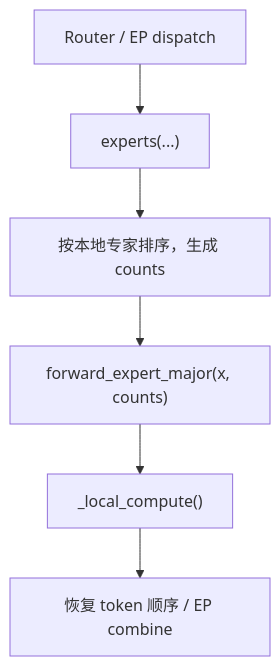
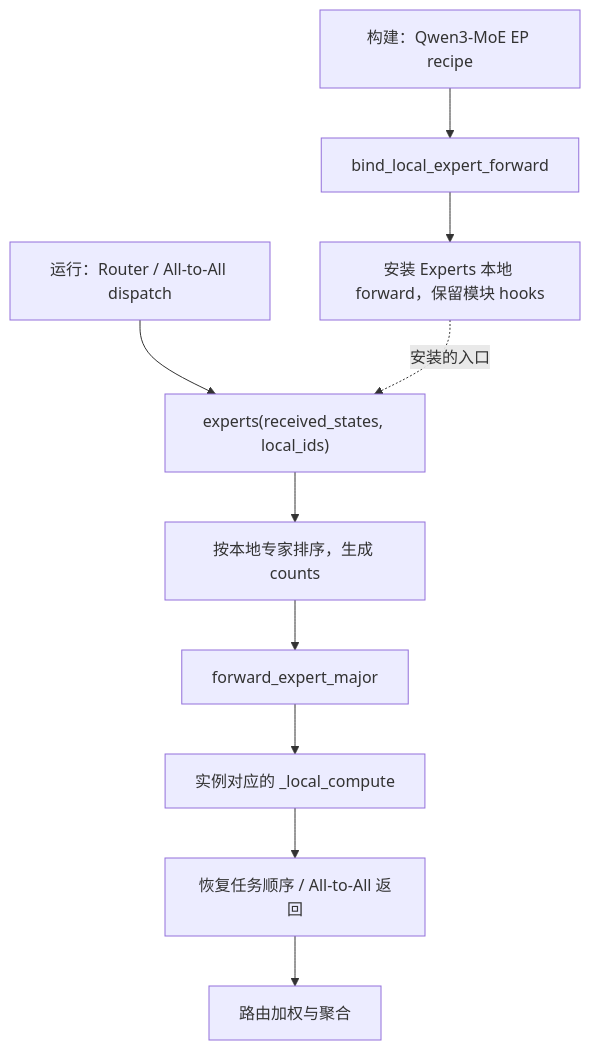
One commit to yooooo00/hyper-parallel-fork changed the sixth of 6 diagrams in docs/guide/module_family_implementation.md. Above: the diagram before and after it, drawn with Mermaid. The commit also changed other lines of this file, not shown here.

````diff
--- a/docs/guide/module_family_implementation.md
+++ b/docs/guide/module_family_implementation.md
@@ -241,8 +273,12 @@
 ```mermaid
 flowchart TD
-    R["Router / EP dispatch"] --> C["experts(...)"]
+    R["构建：Qwen3-MoE EP recipe"] --> B["bind_local_expert_forward"]
+    B --> F["安装 Experts 本地 forward，保留模块 hooks"]
+    D["运行：Router / All-to-All dispatch"] --> C["experts(received_states, local_ids)"]
+    F -.安装的入口.-> C
     C --> O["按本地专家排序，生成 counts"]
-    O --> E["forward_expert_major(x, counts)"]
-    E --> L["_local_compute()"]
-    L --> B["恢复 token 顺序 / EP combine"]
+    O --> E["forward_expert_major"]
+    E --> L["实例对应的 _local_compute"]
+    L --> U["恢复任务顺序 / All-to-All 返回"]
+    U --> W["路由加权与聚合"]
 ```
````
